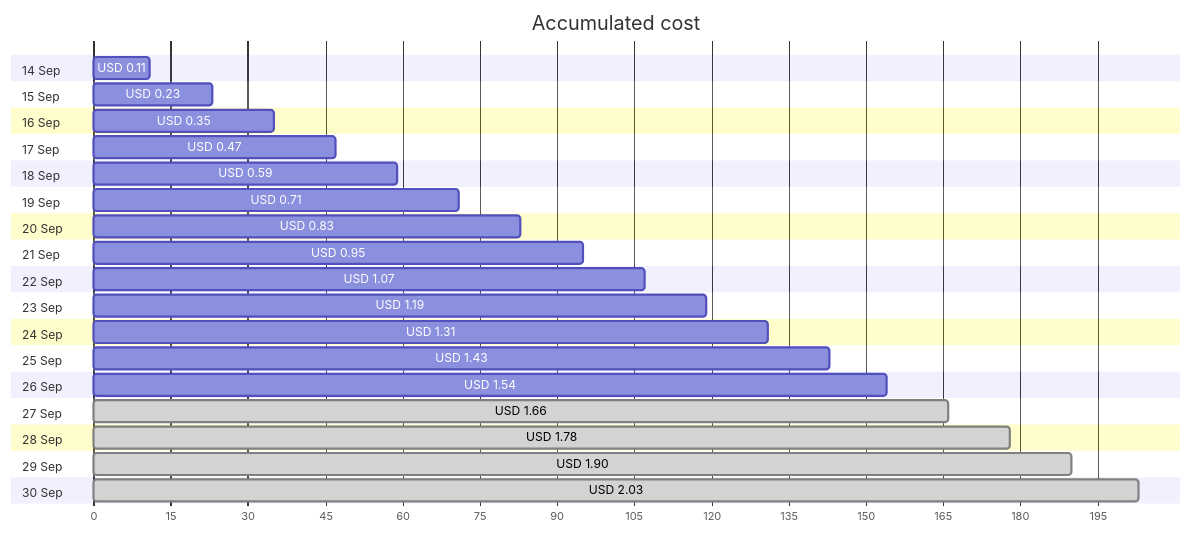
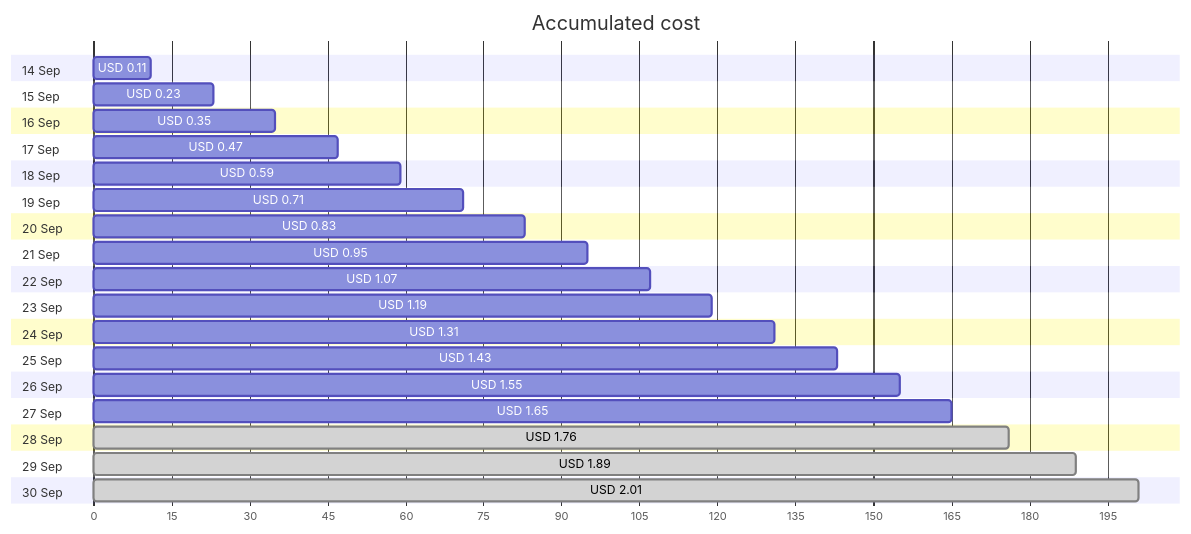
The first of 4 diagrams in cost-reports/personal-network/backup-server-public-ip.md (jpfulton/azure-personal-reports), drawn with Mermaid before and after one commit. The commit also changed other lines of this file and 9 other files, not shown here.

````diff
--- a/cost-reports/personal-network/backup-server-public-ip.md
+++ b/cost-reports/personal-network/backup-server-public-ip.md
@@ -20,40 +20,40 @@
 ```mermaid
 gantt
    title Accumulated cost
    dateFormat  X
    axisFormat %s
    section 14 Sep
    USD 0.11 :0, 11
    section 15 Sep
    USD 0.23 :0, 23
    section 16 Sep
    USD 0.35 :0, 35
    section 17 Sep
    USD 0.47 :0, 47
    section 18 Sep
    USD 0.59 :0, 59
    section 19 Sep
    USD 0.71 :0, 71
    section 20 Sep
    USD 0.83 :0, 83
    section 21 Sep
    USD 0.95 :0, 95
    section 22 Sep
    USD 1.07 :0, 107
    section 23 Sep
    USD 1.19 :0, 119
    section 24 Sep
    USD 1.31 :0, 131
    section 25 Sep
    USD 1.43 :0, 143
    section 26 Sep
-   USD 1.54 :0, 154
+   USD 1.55 :0, 155
    section 27 Sep
-   USD 1.66 : done, 0, 166
+   USD 1.65 :0, 165
    section 28 Sep
-   USD 1.78 : done, 0, 178
+   USD 1.76 : done, 0, 176
    section 29 Sep
-   USD 1.90 : done, 0, 190
+   USD 1.89 : done, 0, 189
    section 30 Sep
-   USD 2.03 : done, 0, 203
+   USD 2.01 : done, 0, 201
 ```
````
